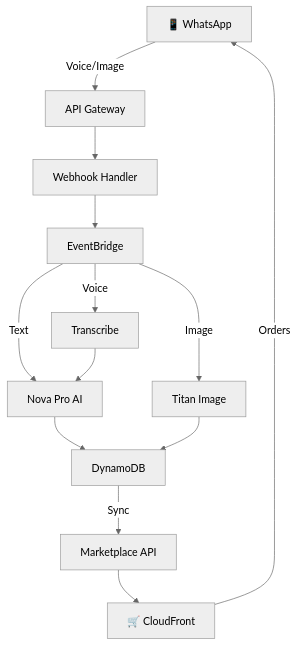
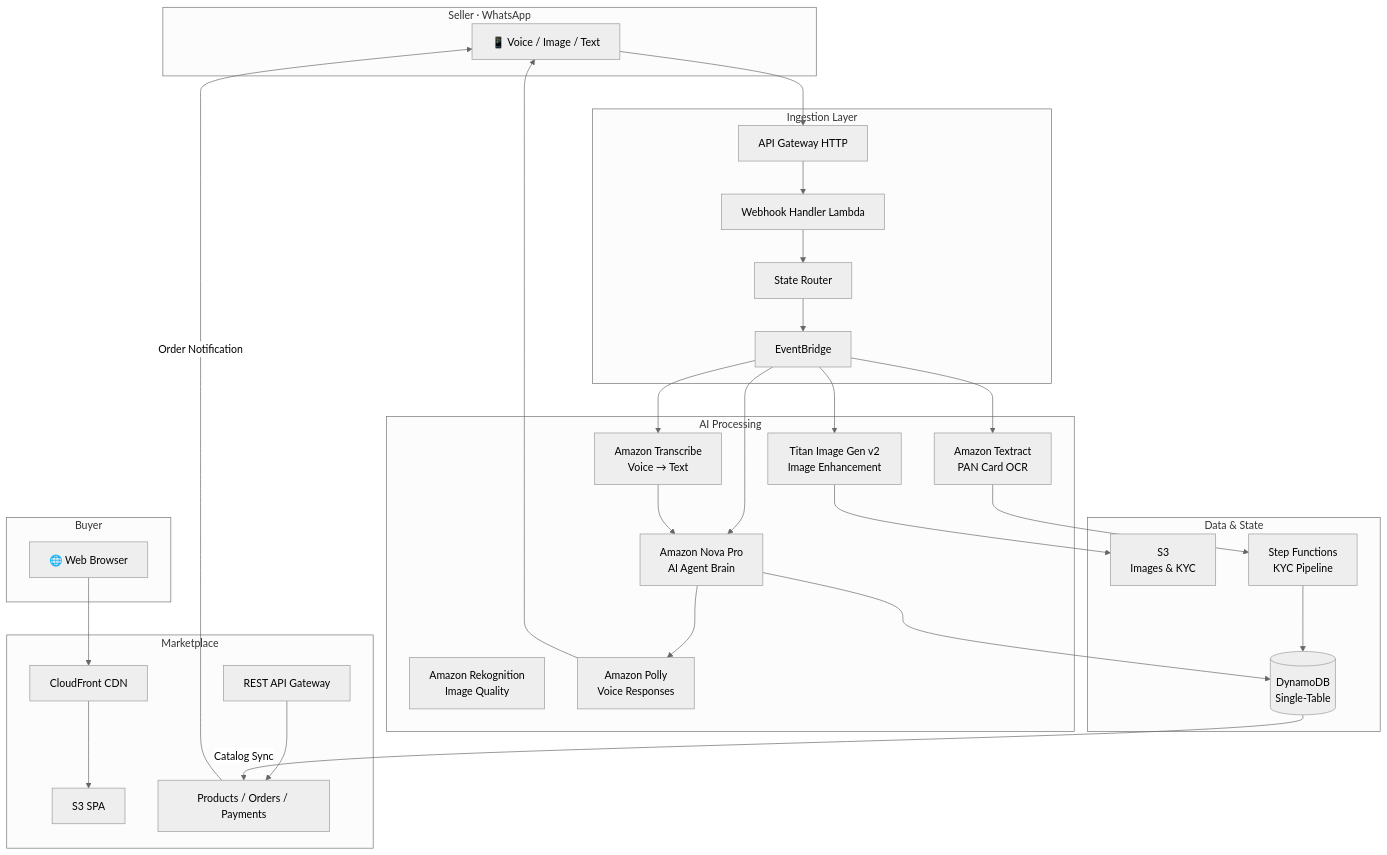
One commit to decode-soumyadipta/AWS_Bharat changed the first of 3 diagrams in README.md. Above: the diagram before and after it, drawn with Mermaid (neutral theme). The commit also changed other lines of this file and 13 other files, not shown here.

````diff
--- a/README.md
+++ b/README.md
@@ -34,15 +39,52 @@
 ```mermaid
 graph TB
-    A[📱 WhatsApp] -->|Voice/Image| B[API Gateway]
-    B --> C[Webhook Handler]
-    C --> D[EventBridge]
-    D -->|Voice| E[Transcribe]
-    D -->|Text| F[Nova Pro AI]
-    D -->|Image| G[Titan Image]
-    E --> F
-    F --> H[DynamoDB]
-    G --> H
-    H -->|Sync| I[Marketplace API]
-    I --> J[🛒 CloudFront]
-    J -->|Orders| A
+    subgraph "Seller · WhatsApp"
+        S1[📱 Voice / Image / Text]
+    end
+
+    subgraph "Ingestion Layer"
+        A1[API Gateway HTTP] --> A2[Webhook Handler Lambda]
+        A2 --> A3[State Router]
+        A3 --> A4[EventBridge]
+    end
+
+    subgraph "AI Processing"
+        B1[Amazon Transcribe<br/>Voice → Text]
+        B2[Amazon Nova Pro<br/>AI Agent Brain]
+        B3[Titan Image Gen v2<br/>Image Enhancement]
+        B4[Amazon Textract<br/>PAN Card OCR]
+        B5[Amazon Rekognition<br/>Image Quality]
+        B6[Amazon Polly<br/>Voice Responses]
+    end
+
+    subgraph "Data & State"
+        C1[(DynamoDB<br/>Single-Table)]
+        C2[S3<br/>Images & KYC]
+        C3[Step Functions<br/>KYC Pipeline]
+    end
+
+    subgraph "Marketplace"
+        D1[CloudFront CDN] --> D2[S3 SPA]
+        D3[REST API Gateway] --> D4[Products / Orders / Payments]
+    end
+
+    subgraph "Buyer"
+        E1[🌐 Web Browser]
+    end
+
+    S1 --> A1
+    A4 --> B1
+    A4 --> B2
+    A4 --> B3
+    A4 --> B4
+    B1 --> B2
+    B2 --> C1
+    B3 --> C2
+    B4 --> C3
+    C3 --> C1
+    B2 --> B6
+    B6 --> S1
+    C1 -->|Catalog Sync| D4
+    E1 --> D1
+    D4 -->|Order Notification| S1
 ```
````
